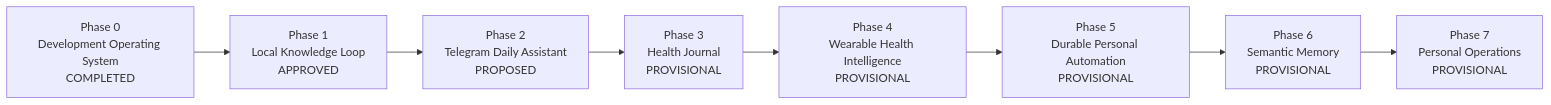
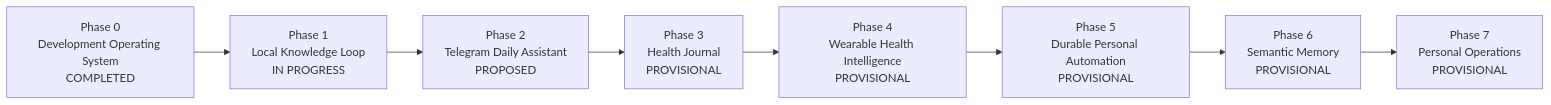
One commit to bo-ora/PAIOS changed the diagram in docs/ROADMAP.md. Above: the diagram before and after it, drawn with Mermaid. The commit also changed other lines of this file and 16 other files, not shown here.

````diff
--- a/docs/ROADMAP.md
+++ b/docs/ROADMAP.md
@@ -24,13 +24,13 @@
 ```mermaid
 flowchart LR
     P0["Phase 0<br/>Development Operating System<br/>COMPLETED"]
-    P1["Phase 1<br/>Local Knowledge Loop<br/>APPROVED"]
+    P1["Phase 1<br/>Local Knowledge Loop<br/>IN PROGRESS"]
     P2["Phase 2<br/>Telegram Daily Assistant<br/>PROPOSED"]
     P3["Phase 3<br/>Health Journal<br/>PROVISIONAL"]
     P4["Phase 4<br/>Wearable Health Intelligence<br/>PROVISIONAL"]
     P5["Phase 5<br/>Durable Personal Automation<br/>PROVISIONAL"]
     P6["Phase 6<br/>Semantic Memory<br/>PROVISIONAL"]
     P7["Phase 7<br/>Personal Operations<br/>PROVISIONAL"]
 
     P0 --> P1 --> P2 --> P3 --> P4 --> P5 --> P6 --> P7
 ```
````
